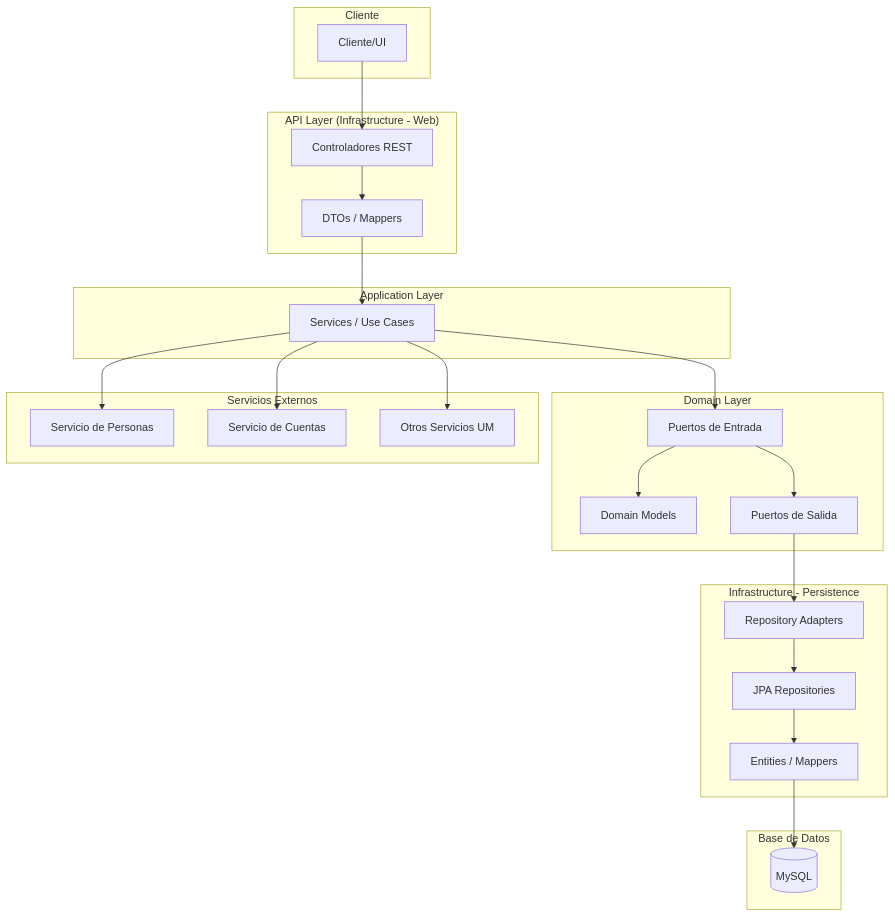
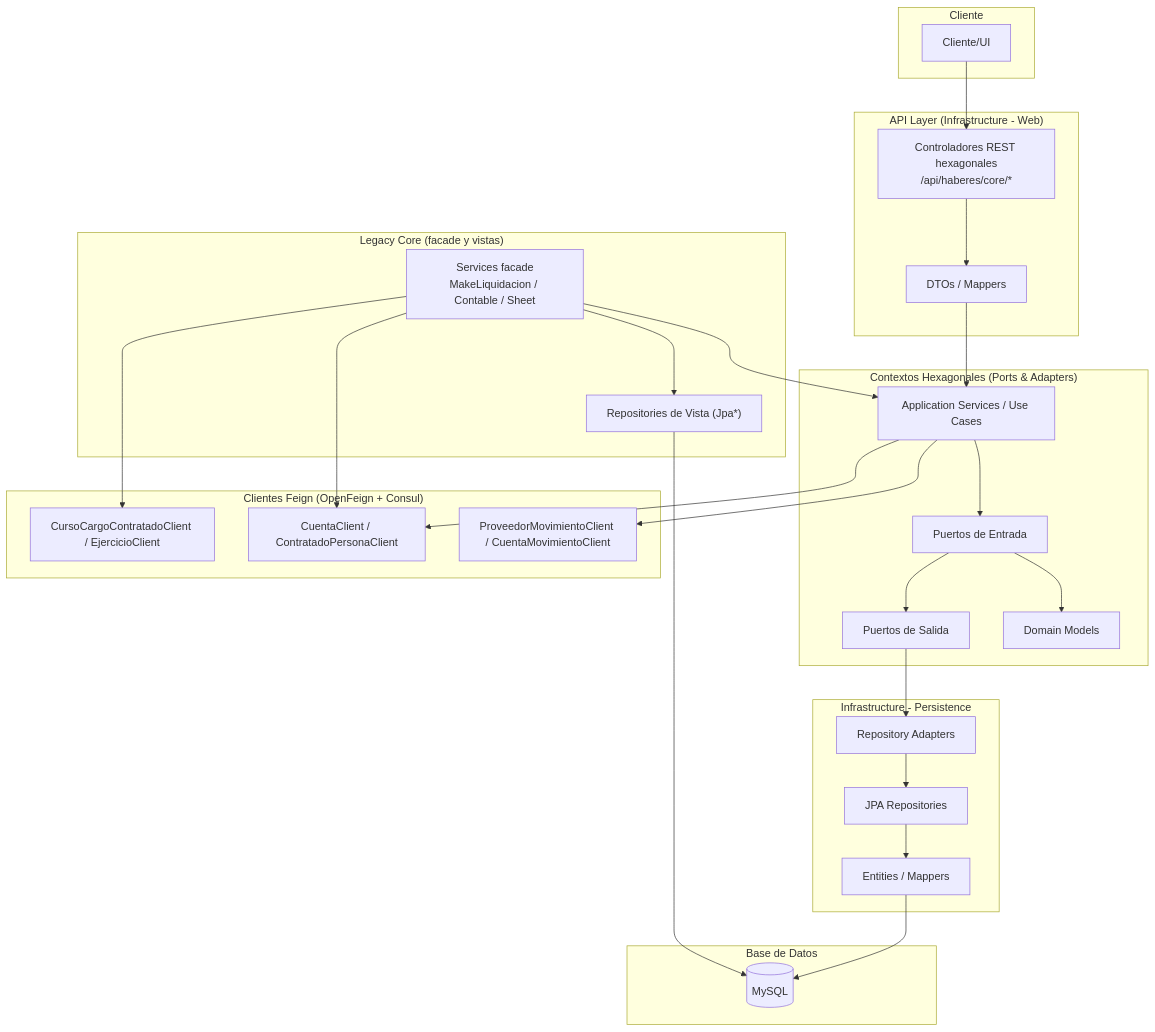
Before and after one commit to UM-services/UM.haberes.core-service: the diagram in docs/diagrams/arquitectura-general.mmd, drawn with Mermaid. The commit also changed 33 other files, not shown here.

First line of the commit message:
docs(diagrams): nuevos flujos y notas de 1.14.0

```diff
--- a/docs/diagrams/arquitectura-general.mmd
+++ b/docs/diagrams/arquitectura-general.mmd
@@ -1,49 +1,55 @@
 graph TD
     subgraph "Cliente"
         A["Cliente/UI"]
     end
 
     subgraph "API Layer (Infrastructure - Web)"
-        B[Controladores REST]
+        B["Controladores REST hexagonales<br/>/api/haberes/core/*"]
         C["DTOs / Mappers"]
     end
 
-    subgraph "Application Layer"
-        D["Services / Use Cases"]
+    subgraph "Contextos Hexagonales (Ports & Adapters)"
+        D["Application Services / Use Cases"]
+        E["Domain Models"]
+        F["Puertos de Entrada"]
+        G["Puertos de Salida"]
     end
 
-    subgraph "Domain Layer"
-        E[Domain Models]
-        F[Puertos de Entrada]
-        G[Puertos de Salida]
+    subgraph "Legacy Core (facade y vistas)"
+        LQ["Services facade<br/>MakeLiquidacion / Contable / Sheet"]
+        LV["Repositories de Vista (Jpa*)"]
     end
 
     subgraph "Infrastructure - Persistence"
-        H[Repository Adapters]
-        I[JPA Repositories]
+        H["Repository Adapters"]
+        I["JPA Repositories"]
         J["Entities / Mappers"]
     end
 
-    subgraph "Servicios Externos"
-        K[Servicio de Personas]
-        L[Servicio de Cuentas]
-        M[Otros Servicios UM]
+    subgraph "Clientes Feign (OpenFeign + Consul)"
+        K["CuentaClient / ContratadoPersonaClient"]
+        L["CursoCargoContratadoClient / EjercicioClient"]
+        M["ProveedorMovimientoClient / CuentaMovimientoClient"]
     end
 
     subgraph "Base de Datos"
         N[(MySQL)]
     end
 
     A --> B
     B --> C
     C --> D
     D --> F
     F --> E
     F --> G
     G --> H
     H --> I
     I --> J
     J --> N
+    LQ --> D
+    LQ --> LV
+    LV --> N
+    LQ --> K
+    LQ --> L
+    D --> M
     D --> K
-    D --> L
-    D --> M
```
